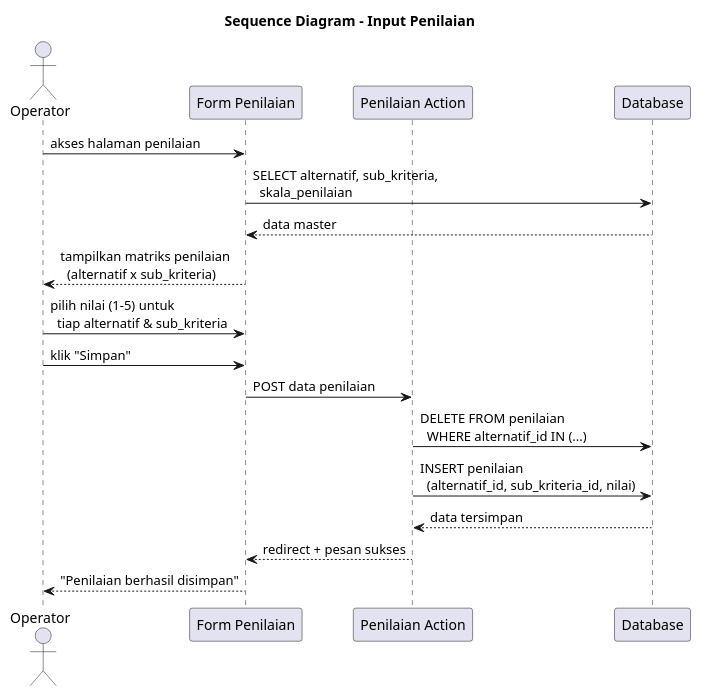
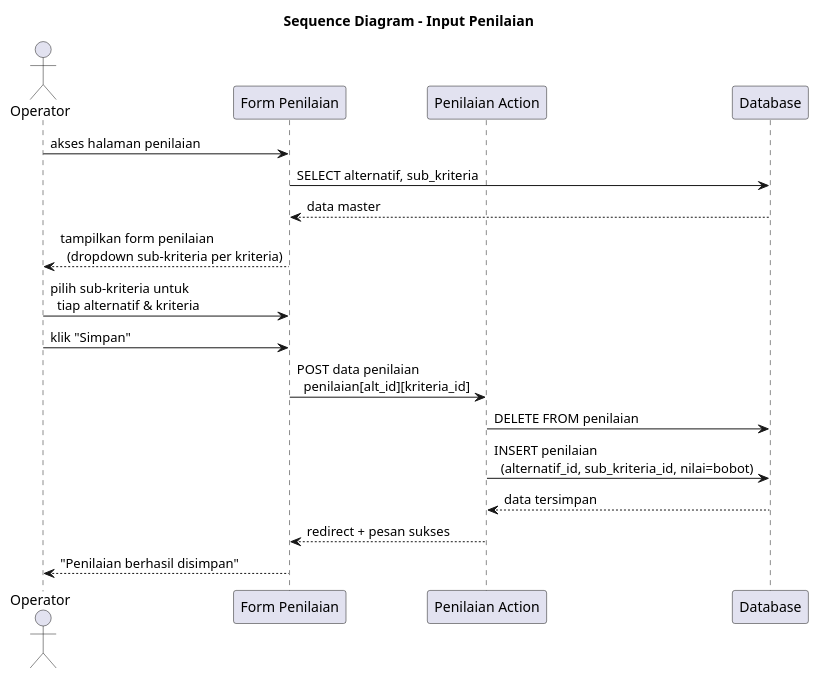
One commit to jimmywiraarbaa/spk-vikor-bansos changed the diagram in docs/uml/sequence-input-penilaian.puml. Above: the diagram before and after it, drawn with PlantUML. The commit also changed 5 other files, not shown here.

Commit message:
refactor: update UML diagrams to remove references to Skala Penilaian and adjust related logic

```diff
--- a/docs/uml/sequence-input-penilaian.puml
+++ b/docs/uml/sequence-input-penilaian.puml
@@ -1,21 +1,21 @@
 @startuml
 title Sequence Diagram - Input Penilaian
 
 actor "Operator" as operator
 participant "Form Penilaian" as form
 participant "Penilaian Action" as action
 participant "Database" as db
 
 operator -> form : akses halaman penilaian
-form -> db : SELECT alternatif, sub_kriteria,\n  skala_penilaian
+form -> db : SELECT alternatif, sub_kriteria
 db --> form : data master
-form --> operator : tampilkan matriks penilaian\n  (alternatif x sub_kriteria)
-operator -> form : pilih nilai (1-5) untuk\n  tiap alternatif & sub_kriteria
+form --> operator : tampilkan form penilaian\n  (dropdown sub-kriteria per kriteria)
+operator -> form : pilih sub-kriteria untuk\n  tiap alternatif & kriteria
 operator -> form : klik "Simpan"
-form -> action : POST data penilaian
-action -> db : DELETE FROM penilaian\n  WHERE alternatif_id IN (...)
-action -> db : INSERT penilaian\n  (alternatif_id, sub_kriteria_id, nilai)
+form -> action : POST data penilaian\n  penilaian[alt_id][kriteria_id]
+action -> db : DELETE FROM penilaian
+action -> db : INSERT penilaian\n  (alternatif_id, sub_kriteria_id, nilai=bobot)
 db --> action : data tersimpan
 action --> form : redirect + pesan sukses
 form --> operator : "Penilaian berhasil disimpan"
 @enduml
```
